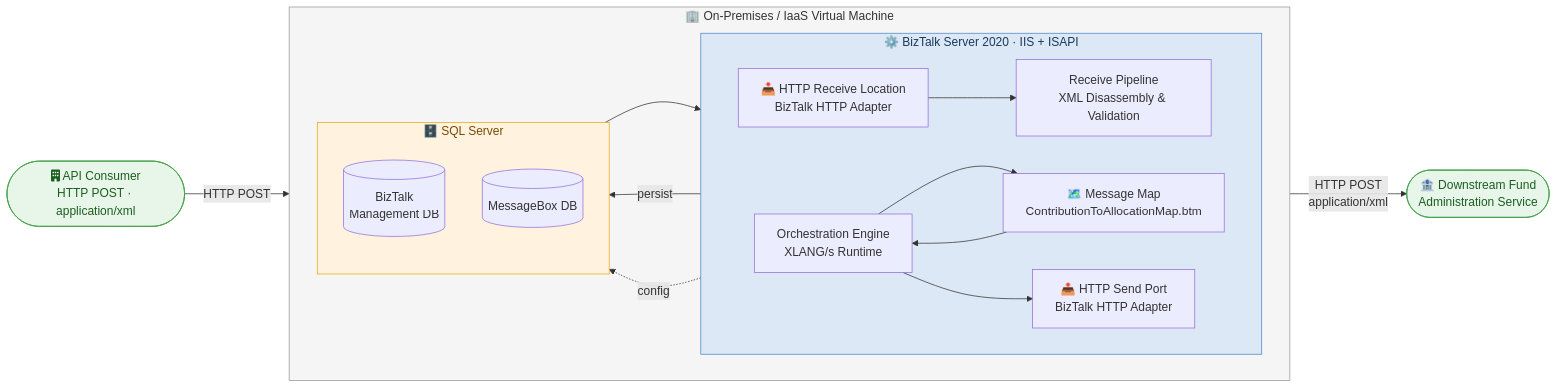
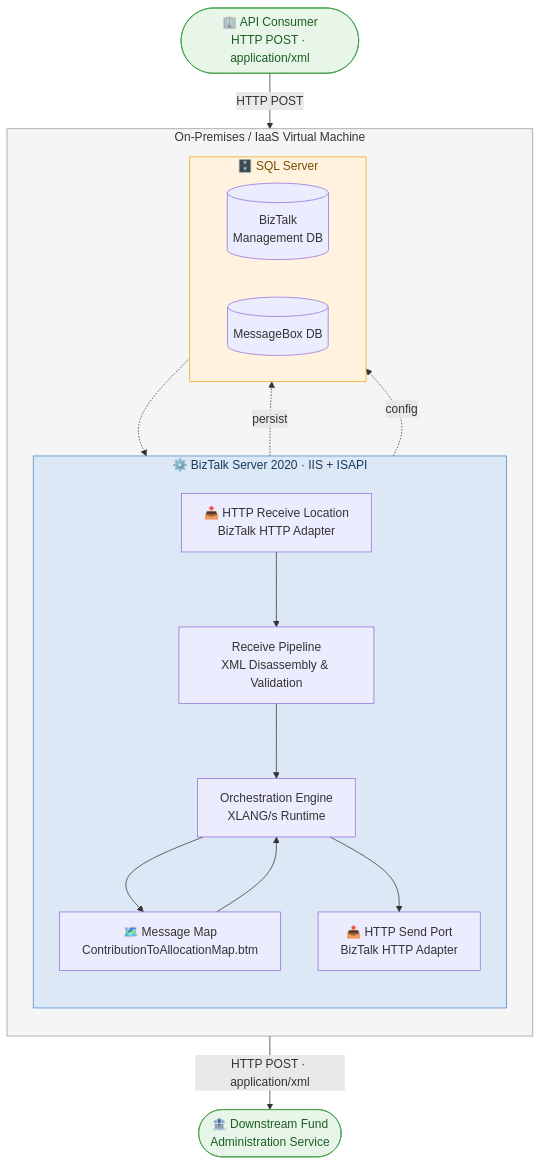
Before and after one commit to qkfang/ghc-demo-biztalk-migration: the first of 2 diagrams in docs/20-future-state-architecture.md, drawn with Mermaid. The commit also changed other lines of this file and 1 other file, not shown here.

````diff
--- a/docs/20-future-state-architecture.md
+++ b/docs/20-future-state-architecture.md
@@ -11,39 +11,36 @@
 ```mermaid
-flowchart LR
-    CLIENT(["fa:fa-building API Consumer\nHTTP POST · application/xml"])
+flowchart TB
+    CLIENT(["🏢 API Consumer\nHTTP POST · application/xml"])
 
-    subgraph ONPREM["🏢  On-Premises / IaaS Virtual Machine"]
-        direction LR
-        subgraph BTS["⚙️  BizTalk Server 2020  ·  IIS + ISAPI"]
-            direction LR
+    subgraph ONPREM["On-Premises / IaaS Virtual Machine"]
+        direction TB
+        subgraph BTS["⚙️ BizTalk Server 2020 · IIS + ISAPI"]
+            direction TB
             RL["📥 HTTP Receive Location\nBizTalk HTTP Adapter"]
             RP["Receive Pipeline\nXML Disassembly & Validation"]
             OE["Orchestration Engine\nXLANG/s Runtime"]
             MAP["🗺️ Message Map\nContributionToAllocationMap.btm"]
             SP["📤 HTTP Send Port\nBizTalk HTTP Adapter"]
+            RL --> RP --> OE --> MAP --> OE --> SP
         end
-        subgraph SQL["🗄️  SQL Server"]
-            direction TB
+        subgraph SQL["🗄️ SQL Server"]
+            direction LR
             MGMT[("BizTalk\nManagement DB")]
             MSG[("MessageBox DB")]
         end
     end
 
     DS(["🏦 Downstream Fund\nAdministration Service"])
 
     CLIENT -->|"HTTP POST"| RL
-    RL --> RP
-    RP -->|persist| MSG
-    MSG --> OE
-    OE --> MAP
-    MAP --> OE
-    OE --> SP
-    SP -->|"HTTP POST\napplication/xml"| DS
+    RP -.->|persist| MSG
+    MSG -.-> OE
     BTS -.->|config| MGMT
+    SP -->|"HTTP POST · application/xml"| DS
 
     style ONPREM fill:#f5f5f5,stroke:#999,color:#333
     style BTS fill:#dce8f5,stroke:#4a86c8,color:#1a3a5c
     style SQL fill:#fff3e0,stroke:#e6a817,color:#7a4a00
     style CLIENT fill:#e8f5e9,stroke:#43a047,color:#1b5e20
     style DS fill:#e8f5e9,stroke:#43a047,color:#1b5e20
 ```
````
